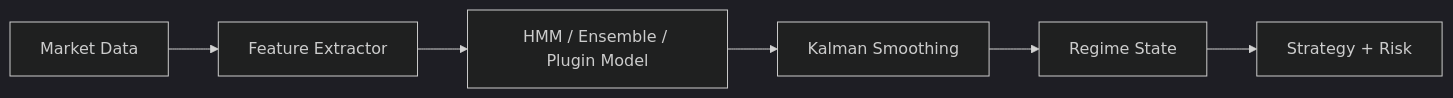
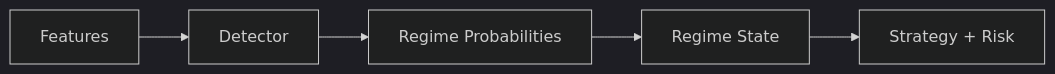
One commit to gregorian-09/regime-flow changed the diagram in docs/explanation/regime-detection.md. Above: the diagram before and after it, drawn with Mermaid (dark theme). The commit also changed other lines of this file and 58 other files, not shown here.

````diff
--- a/docs/explanation/regime-detection.md
+++ b/docs/explanation/regime-detection.md
@@ -7,8 +7,7 @@
 ```mermaid
 flowchart LR
-  A[Market Data] --> B[Feature Extractor]
-  B --> C[HMM / Ensemble / Plugin Model]
-  C --> D[Kalman Smoothing]
-  D --> E[Regime State]
-  E --> F[Strategy + Risk]
+  A[Features] --> B[Detector]
+  B --> C[Regime Probabilities]
+  C --> D[Regime State]
+  D --> E[Strategy + Risk]
 ```
````
